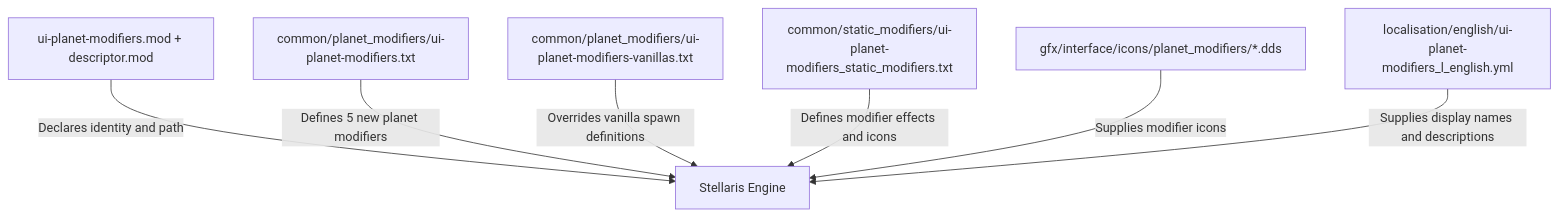
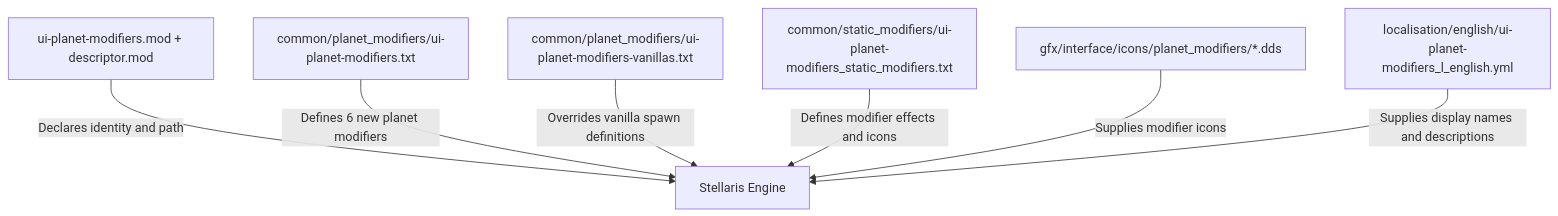
Before and after one commit to hmlendea/stellaris-ui-planet-modifiers: the second of 6 diagrams in ARCHITECTURE.md, drawn with Mermaid. The commit also changed other lines of this file and 26 other files, not shown here.

````diff
--- a/ARCHITECTURE.md
+++ b/ARCHITECTURE.md
@@ -67,9 +67,9 @@
 ```mermaid
 flowchart TB
     Descriptors[ui-planet-modifiers.mod + descriptor.mod] -->|Declares identity and path| Engine[Stellaris Engine]
-    NewDefs[common/planet_modifiers/ui-planet-modifiers.txt] -->|Defines 5 new planet modifiers| Engine
+    NewDefs[common/planet_modifiers/ui-planet-modifiers.txt] -->|Defines 6 new planet modifiers| Engine
     Overrides[common/planet_modifiers/ui-planet-modifiers-vanillas.txt] -->|Overrides vanilla spawn definitions| Engine
     Statics[common/static_modifiers/ui-planet-modifiers_static_modifiers.txt] -->|Defines modifier effects and icons| Engine
     Icons[gfx/interface/icons/planet_modifiers/*.dds] -->|Supplies modifier icons| Engine
     Loc[localisation/english/ui-planet-modifiers_l_english.yml] -->|Supplies display names and descriptions| Engine
 ```
````
